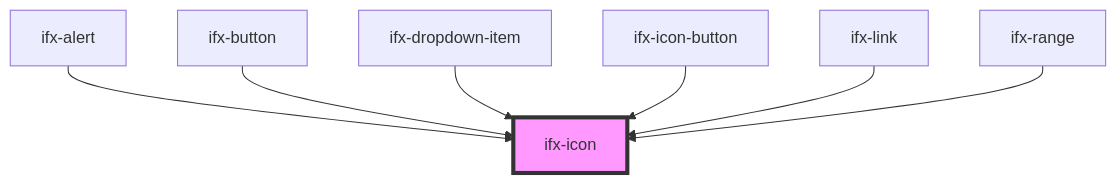
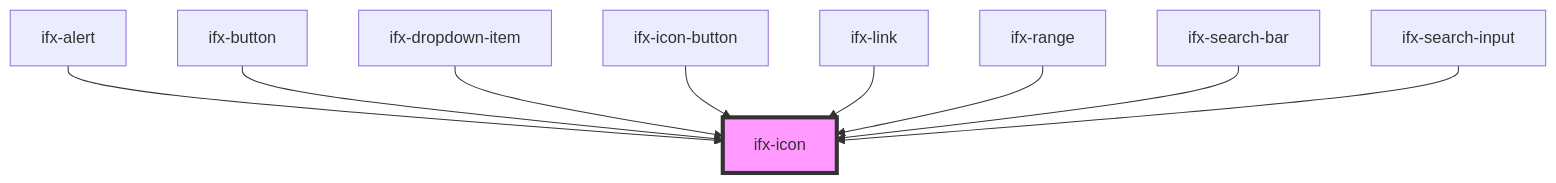
Before and after one commit to Infineon/infineon-design-system-stencil: the diagram in src/components/icon/readme.md, drawn with Mermaid. The commit also changed other lines of this file and 1 other file, not shown here.

Commit message:
Merged Range component

````diff
--- a/src/components/icon/readme.md
+++ b/src/components/icon/readme.md
@@ -28,10 +30,12 @@
 ```mermaid
 graph TD;
   ifx-alert --> ifx-icon
   ifx-button --> ifx-icon
   ifx-dropdown-item --> ifx-icon
   ifx-icon-button --> ifx-icon
   ifx-link --> ifx-icon
   ifx-range --> ifx-icon
+  ifx-search-bar --> ifx-icon
+  ifx-search-input --> ifx-icon
   style ifx-icon fill:#f9f,stroke:#333,stroke-width:4px
 ```
````
